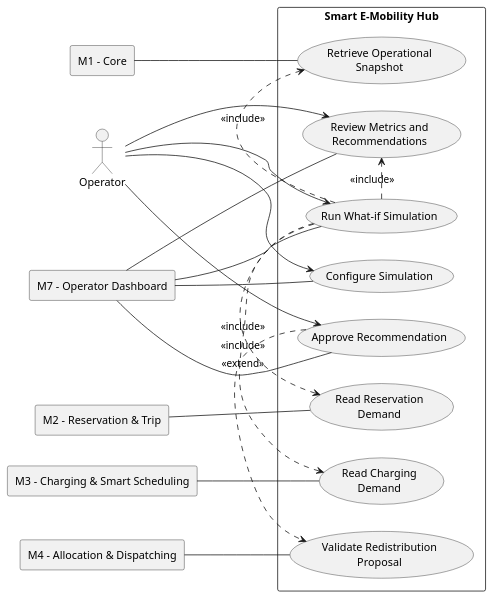
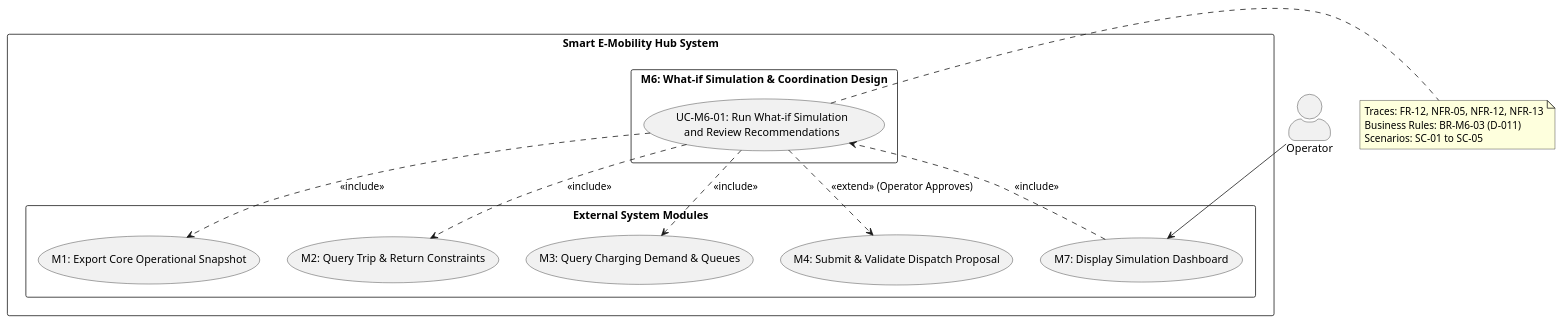
Before and after one commit to MabC06/smart-e-mobility-hub: the diagram in docs/requirements/use-case-diagrams/uc-m6-simulation.puml, drawn with PlantUML. The commit also changed 1 other file, not shown here.

Commit message:
docs(requirements): add M6 use-case PlantUML/SVG diagrams and trace links resolving M6-14

```diff
--- a/docs/requirements/use-case-diagrams/uc-m6-simulation.puml
+++ b/docs/requirements/use-case-diagrams/uc-m6-simulation.puml
@@ -1,44 +1,36 @@
-@startuml
-left to right direction
+@startuml uc-m6-simulation
 skinparam packageStyle rectangle
 skinparam shadowing false
+skinparam actorStyle awesome
 
-actor Operator
+actor "Operator" as op
 
-rectangle "Smart E-Mobility Hub" {
-  usecase "Configure Simulation" as UC1
-  usecase "Run What-if Simulation" as UC2
-  usecase "Review Metrics and\nRecommendations" as UC3
-  usecase "Approve Recommendation" as UC4
-  usecase "Retrieve Operational\nSnapshot" as UC5
-  usecase "Read Reservation\nDemand" as UC6
-  usecase "Read Charging\nDemand" as UC7
-  usecase "Validate Redistribution\nProposal" as UC8
+rectangle "Smart E-Mobility Hub System" {
+    rectangle "M6: What-if Simulation & Coordination Design" {
+        usecase "UC-M6-01: Run What-if Simulation\nand Review Recommendations" as UC_M6_01
+    }
+
+    rectangle "External System Modules" {
+        usecase "M1: Export Core Operational Snapshot" as M1_Snap
+        usecase "M2: Query Trip & Return Constraints" as M2_Res
+        usecase "M3: Query Charging Demand & Queues" as M3_Charge
+        usecase "M4: Submit & Validate Dispatch Proposal" as M4_Alloc
+        usecase "M7: Display Simulation Dashboard" as M7_UI
+    }
 }
 
-Operator --> UC1
-Operator --> UC2
-Operator --> UC3
-Operator --> UC4
+op --> M7_UI
+M7_UI ..> UC_M6_01 : <<include>>
 
-UC2 .> UC5 : <<include>>
-UC2 .> UC6 : <<include>>
-UC2 .> UC7 : <<include>>
-UC2 .> UC3 : <<include>>
-UC4 .> UC8 : <<extend>>
+UC_M6_01 ..> M1_Snap : <<include>>
+UC_M6_01 ..> M2_Res : <<include>>
+UC_M6_01 ..> M3_Charge : <<include>>
+UC_M6_01 ..> M4_Alloc : <<extend>> (Operator Approves)
 
-rectangle "M1 - Core" as M1
-rectangle "M2 - Reservation & Trip" as M2
-rectangle "M3 - Charging & Smart Scheduling" as M3
-rectangle "M4 - Allocation & Dispatching" as M4
-rectangle "M7 - Operator Dashboard" as M7
+note right of UC_M6_01
+  Traces: FR-12, NFR-05, NFR-12, NFR-13
+  Business Rules: BR-M6-03 (D-011)
+  Scenarios: SC-01 to SC-05
+end note
 
-M1 -- UC5
-M2 -- UC6
-M3 -- UC7
-M4 -- UC8
-M7 -- UC1
-M7 -- UC2
-M7 -- UC3
-M7 -- UC4
 @enduml
```
